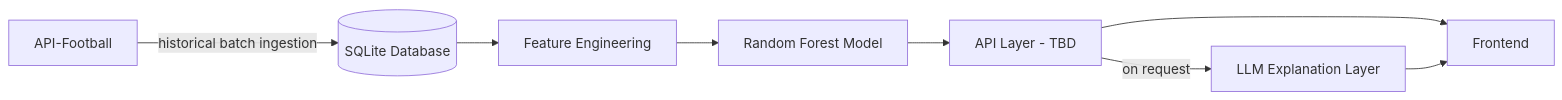
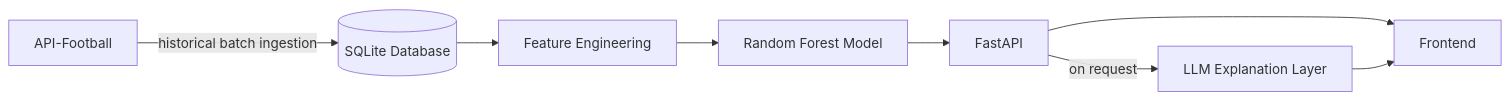
One commit to LilyNkantah/football-match-predictor-model changed the diagram in README.md. Above: the diagram before and after it, drawn with Mermaid. The commit also changed other lines of this file, not shown here.

````diff
--- a/README.md
+++ b/README.md
@@ -17,10 +19,10 @@
 ```mermaid
 flowchart LR
     A[API-Football] -->|historical batch ingestion| B[(SQLite Database)]
     B --> C[Feature Engineering]
     C --> D[Random Forest Model]
-    D --> E[API Layer - TBD]
+    D --> E[FastAPI]
     E --> F[Frontend]
     E -->|on request| G[LLM Explanation Layer]
     G --> F
 ```
````
